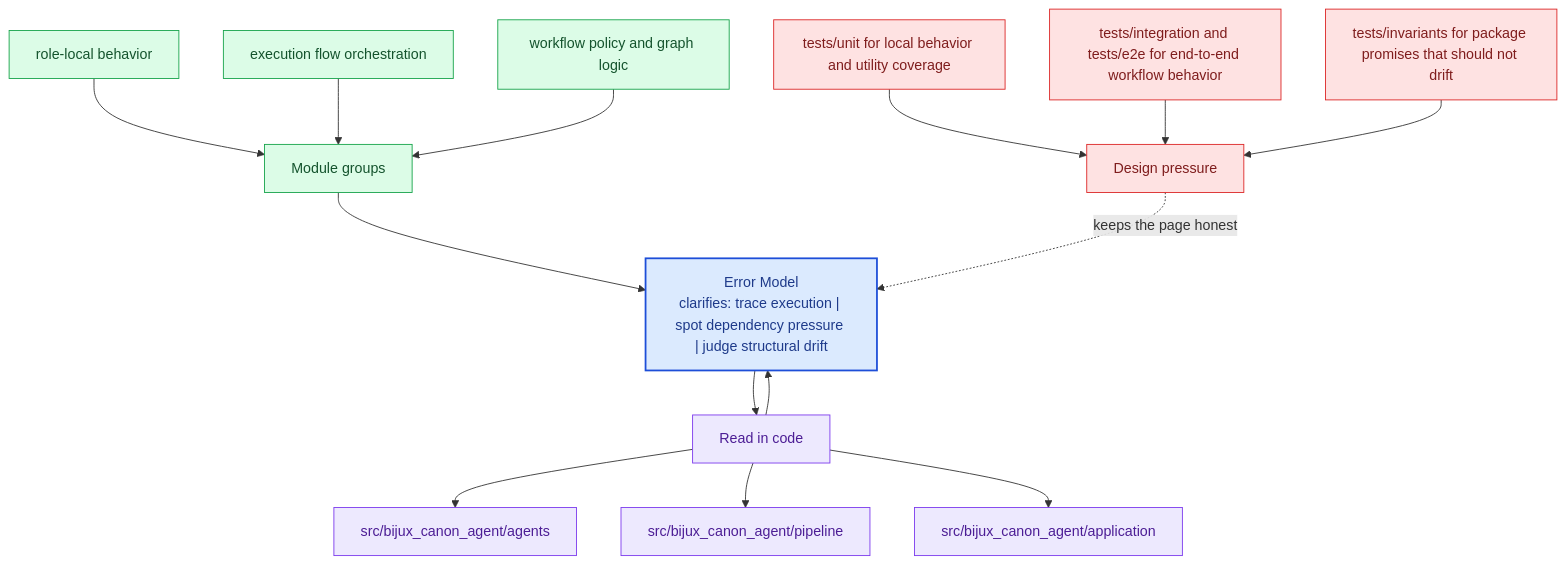
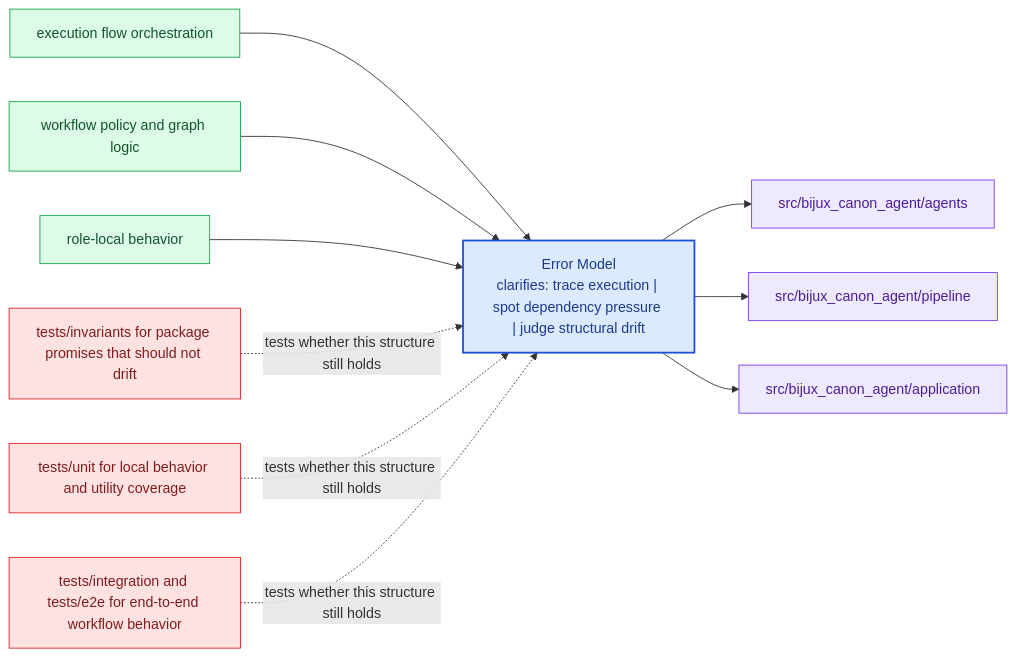
The diagram in docs/bijux-canon-agent/architecture/error-model.md (bijux/bijux-canon), drawn with Mermaid before and after one commit. The commit also changed other lines of this file and 281 other files, not shown here.

Commit message:
docs(diagrams): replace repeated mermaid scaffolds with page-specific summaries

````diff
--- a/docs/bijux-canon-agent/architecture/error-model.md
+++ b/docs/bijux-canon-agent/architecture/error-model.md
@@ -68,40 +23,31 @@
 ```mermaid
-flowchart TB
-    promise["Error Model<br/>clarifies: trace execution | spot dependency pressure | judge structural drift"]
-    classDef promise fill:#dbeafe,stroke:#1d4ed8,color:#1e3a8a,stroke-width:2px;
-    classDef driver fill:#dcfce7,stroke:#16a34a,color:#14532d;
-    classDef constraint fill:#fee2e2,stroke:#dc2626,color:#7f1d1d;
-    classDef ground fill:#ede9fe,stroke:#7c3aed,color:#4c1d95;
-    focus1["Module groups"]
-    focus1 --> promise
-    focus1_1["role-local behavior"]
-    focus1_1 --> focus1
-    focus1_2["execution flow orchestration"]
-    focus1_2 --> focus1
-    focus1_3["workflow policy and graph logic"]
-    focus1_3 --> focus1
-    class focus1 driver;
-    class focus1_1,focus1_2,focus1_3 driver;
-    focus2["Read in code"]
-    focus2 --> promise
-    promise --> focus2
-    focus2_1["src/bijux_canon_agent/agents"]
-    focus2 --> focus2_1
-    focus2_2["src/bijux_canon_agent/pipeline"]
-    focus2 --> focus2_2
-    focus2_3["src/bijux_canon_agent/application"]
-    focus2 --> focus2_3
-    class focus2 ground;
-    class focus2_1,focus2_2,focus2_3 ground;
-    focus3["Design pressure"]
-    focus3 -.keeps the page honest.-> promise
-    focus3_1["tests/unit for local behavior and utility coverage"]
-    focus3_1 --> focus3
-    focus3_2["tests/integration and tests/e2e for end-to-end workflow behavior"]
-    focus3_2 --> focus3
-    focus3_3["tests/invariants for package promises that should not drift"]
-    focus3_3 --> focus3
-    class focus3 constraint;
-    class focus3_1,focus3_2,focus3_3 constraint;
-    class promise promise;
+flowchart LR
+    page["Error Model<br/>clarifies: trace execution | spot dependency pressure | judge structural drift"]
+    classDef page fill:#dbeafe,stroke:#1d4ed8,color:#1e3a8a,stroke-width:2px;
+    classDef positive fill:#dcfce7,stroke:#16a34a,color:#14532d;
+    classDef caution fill:#fee2e2,stroke:#dc2626,color:#7f1d1d;
+    classDef anchor fill:#ede9fe,stroke:#7c3aed,color:#4c1d95;
+    classDef action fill:#fef3c7,stroke:#d97706,color:#7c2d12;
+    module1["execution flow orchestration"]
+    module1 --> page
+    module2["workflow policy and graph logic"]
+    module2 --> page
+    module3["role-local behavior"]
+    module3 --> page
+    code1["src/bijux_canon_agent/agents"]
+    page --> code1
+    code2["src/bijux_canon_agent/pipeline"]
+    page --> code2
+    code3["src/bijux_canon_agent/application"]
+    page --> code3
+    pressure1["tests/invariants for package promises that should not drift"]
+    pressure1 -.tests whether this structure still holds.-> page
+    pressure2["tests/unit for local behavior and utility coverage"]
+    pressure2 -.tests whether this structure still holds.-> page
+    pressure3["tests/integration and tests/e2e for end-to-end workflow behavior"]
+    pressure3 -.tests whether this structure still holds.-> page
+    class page page;
+    class module1,module2,module3 positive;
+    class code1,code2,code3 anchor;
+    class pressure1,pressure2,pressure3 caution;
 ```
````
